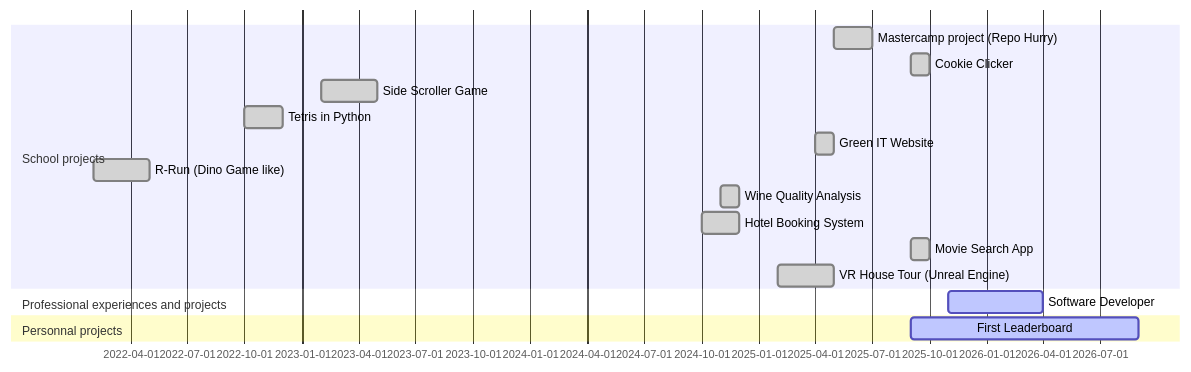
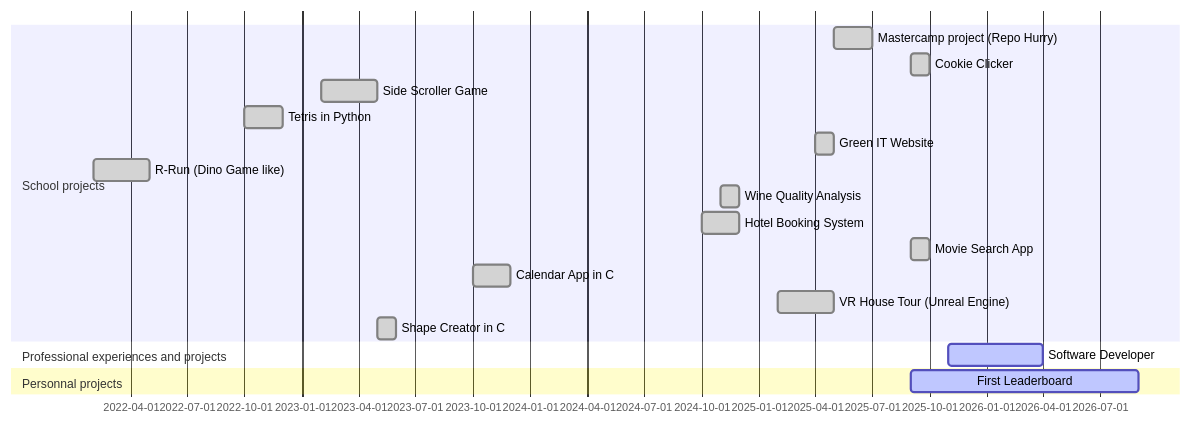
Before and after one commit to Rowuni/Rowuni: the diagram in Readme.md, drawn with Mermaid.

Commit message:
Updated roadmap

````diff
--- a/Readme.md
+++ b/Readme.md
@@ -183,19 +183,21 @@
 ```mermaid
 gantt
     section School projects
     Mastercamp project (Repo Hurry)       :done, 2025-05, 2025-07
     Cookie Clicker         :done, 2025-09, 2025-10
     Side Scroller Game       :done, 2023-02, 2023-05
     Tetris in Python       :done, 2022-10, 2022-12
     Green IT Website       :done, 2025-04, 2025-05
     R-Run (Dino Game like)       :done, 2022-02, 2022-05
     Wine Quality Analysis       :done, 2024-11, 2024-12
     Hotel Booking System       :done, 2024-10, 2024-12
     Movie Search App       :done, 2025-09, 2025-10
+    Calendar App in C      :done, 2023-10, 2023-12
     VR House Tour (Unreal Engine)       :done, 2025-02, 2025-05
+    Shape Creator in C       :done, 2023-05, 2023-06
     dateFormat  YYYY-MM
     section Professional experiences and projects
     Software Developer           :active, 2025-11, 2026-04
     section Personnal projects
     First Leaderboard       :active, 2025-09, 2026-09
 ```
````
